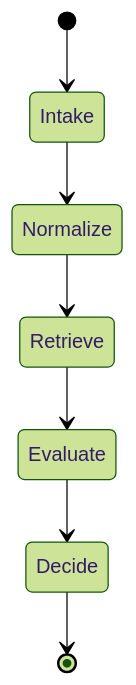
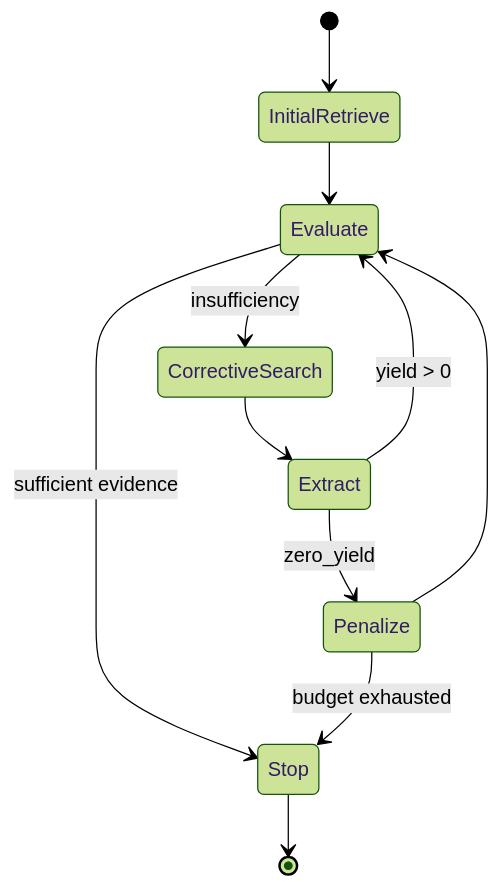
Before and after one commit to Luxia-AI/docs: the sixth of 8 diagrams in methodology/figures/03-retrieval-and-corrective-pack.md, drawn with Mermaid (forest theme). The commit also changed other lines of this file and 9 other files, not shown here.

First line of the commit message:
Refactor methodology figures with updated Mermaid diagrams and enhanced clarity across multiple packs. Key changes include:

````diff
--- a/methodology/figures/03-retrieval-and-corrective-pack.md
+++ b/methodology/figures/03-retrieval-and-corrective-pack.md
@@ -163,9 +188,13 @@
 ```mermaid
 stateDiagram-v2
-    [*] --> Intake
-    Intake --> Normalize
-    Normalize --> Retrieve
-    Retrieve --> Evaluate
-    Evaluate --> Decide
-    Decide --> [*]
+  [*] --> InitialRetrieve
+  InitialRetrieve --> Evaluate
+  Evaluate --> Stop: sufficient evidence
+  Evaluate --> CorrectiveSearch: insufficiency
+  CorrectiveSearch --> Extract
+  Extract --> Evaluate: yield > 0
+  Extract --> Penalize: zero_yield
+  Penalize --> Evaluate
+  Penalize --> Stop: budget exhausted
+  Stop --> [*]
 ```
````
